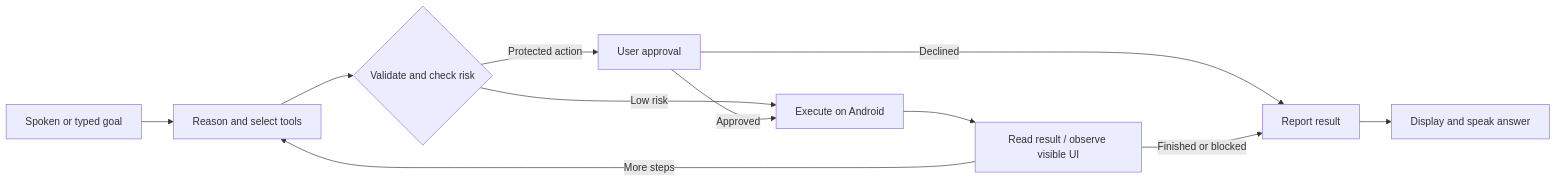
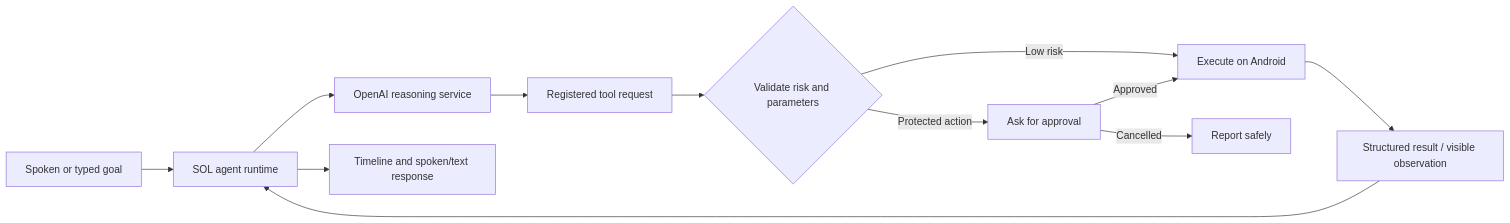
One commit to anandh0u/android-solappan changed the diagram in README.md. Above: the diagram before and after it, drawn with Mermaid. The commit also changed other lines of this file, not shown here.

````diff
--- a/README.md
+++ b/README.md
@@ -27,13 +25,14 @@
 ```mermaid
 flowchart LR
-    A[Spoken or typed goal] --> B[Reason and select tools]
-    B --> C{Validate and check risk}
-    C -->|Protected action| D[User approval]
-    C -->|Low risk| E[Execute on Android]
-    D -->|Approved| E
-    D -->|Declined| G[Report result]
-    E --> F[Read result / observe visible UI]
-    F -->|More steps| B
-    F -->|Finished or blocked| G
-    G --> H[Display and speak answer]
+    A[Spoken or typed goal] --> B[SOL agent runtime]
+    B --> C[OpenAI reasoning service]
+    C --> D[Registered tool request]
+    D --> E{Validate risk and parameters}
+    E -->|Protected action| F[Ask for approval]
+    E -->|Low risk| G[Execute on Android]
+    F -->|Approved| G
+    F -->|Cancelled| H[Report safely]
+    G --> I[Structured result / visible observation]
+    I --> B
+    B --> J[Timeline and spoken/text response]
 ```
````
